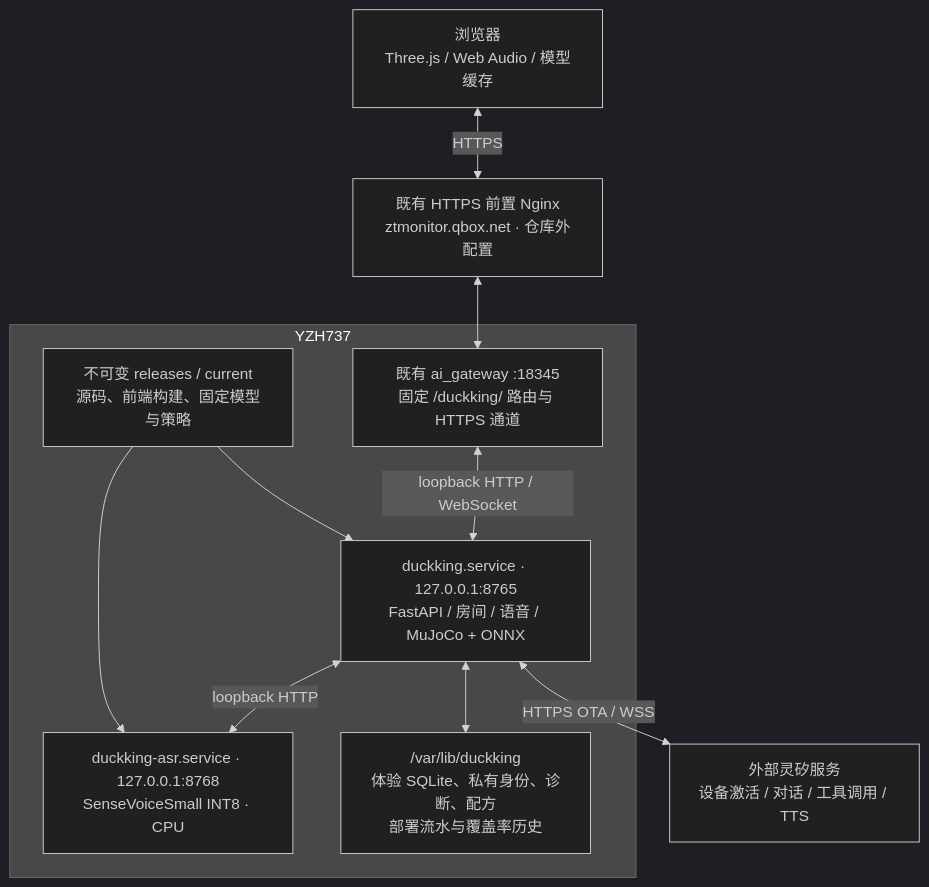
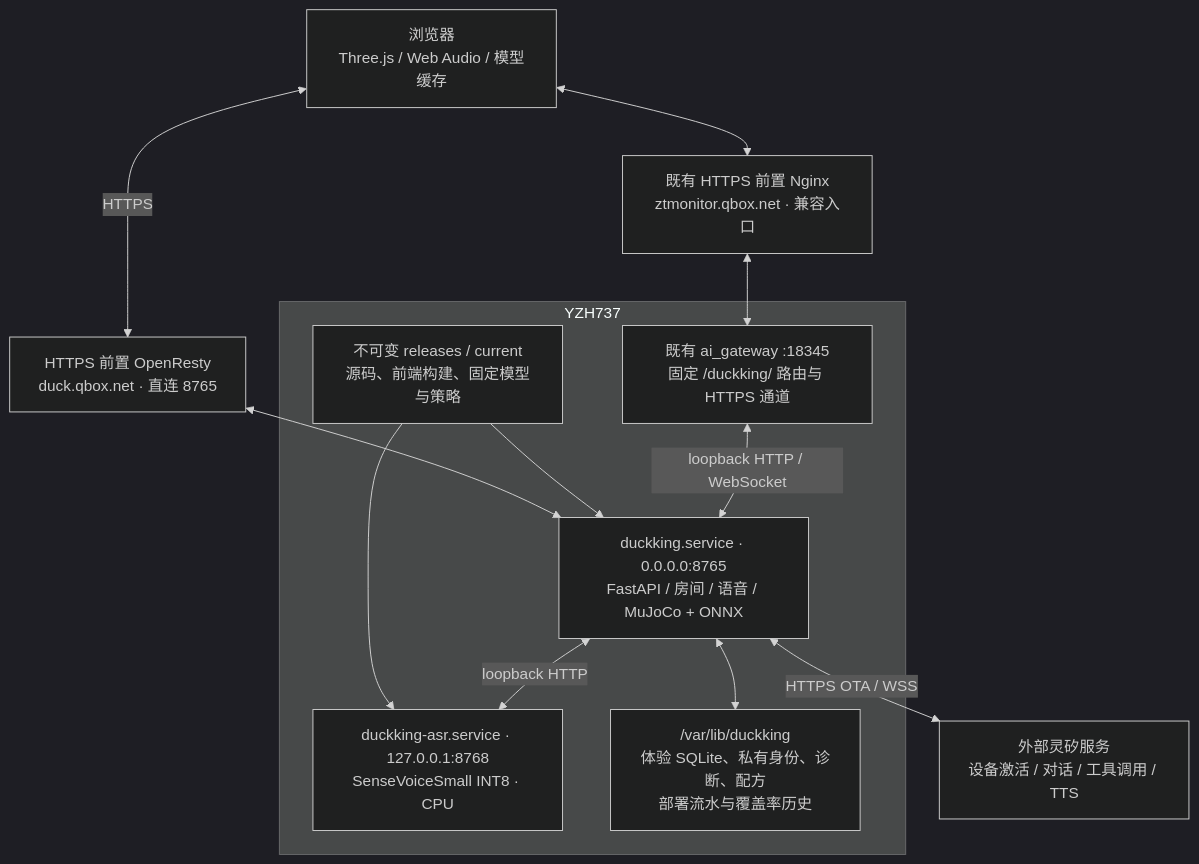
Before and after one commit to zhoutingunl/DuckKing: the second of 3 diagrams in docs/ARCHITECTURE.md, drawn with Mermaid (dark theme). The commit also changed other lines of this file and 82 other files, not shown here.

````diff
--- a/docs/ARCHITECTURE.md
+++ b/docs/ARCHITECTURE.md
@@ -108,21 +108,24 @@
 ```mermaid
 flowchart TB
     Browser["浏览器<br/>Three.js / Web Audio / 模型缓存"]
-    Edge["既有 HTTPS 前置 Nginx<br/>ztmonitor.qbox.net · 仓库外配置"]
+    Edge["HTTPS 前置 OpenResty<br/>duck.qbox.net · 直连 8765"]
+    Legacy["既有 HTTPS 前置 Nginx<br/>ztmonitor.qbox.net · 兼容入口"]
     subgraph Host["YZH737"]
         Gateway["既有 ai_gateway :18345<br/>固定 /duckking/ 路由与 HTTPS 通道"]
-        App["duckking.service · 127.0.0.1:8765<br/>FastAPI / 房间 / 语音 / MuJoCo + ONNX"]
+        App["duckking.service · 0.0.0.0:8765<br/>FastAPI / 房间 / 语音 / MuJoCo + ONNX"]
         ASR["duckking-asr.service · 127.0.0.1:8768<br/>SenseVoiceSmall INT8 · CPU"]
         Releases["不可变 releases / current<br/>源码、前端构建、固定模型与策略"]
         Private["/var/lib/duckking<br/>体验 SQLite、私有身份、诊断、配方<br/>部署流水与覆盖率历史"]
         Gateway <-->|"loopback HTTP / WebSocket"| App
         App <-->|"loopback HTTP"| ASR
         Releases --> App
         Releases --> ASR
         App <--> Private
     end
     Linx["外部灵矽服务<br/>设备激活 / 对话 / 工具调用 / TTS"]
     Browser <-->|"HTTPS"| Edge
-    Edge <--> Gateway
+    Edge <--> App
+    Browser <--> Legacy
+    Legacy <--> Gateway
     App <-->|"HTTPS OTA / WSS"| Linx
 ```
````
